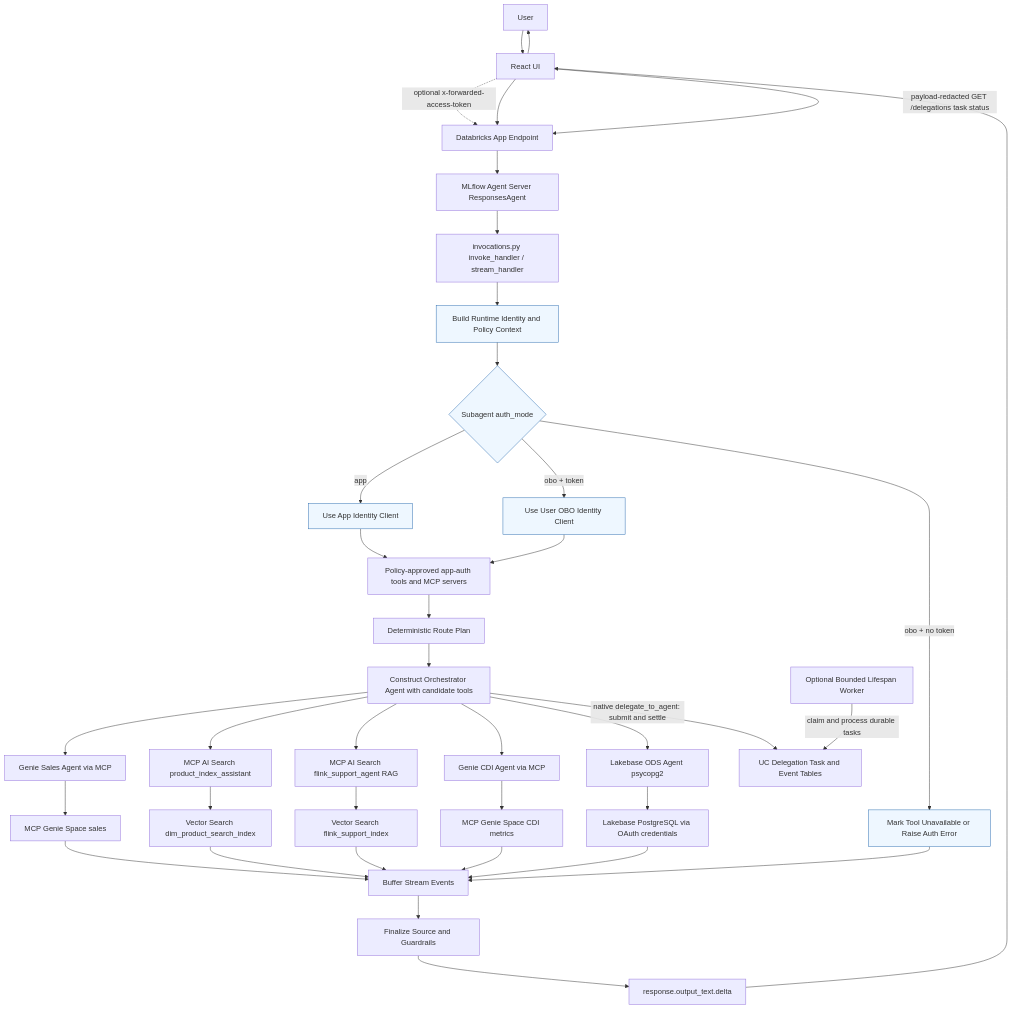
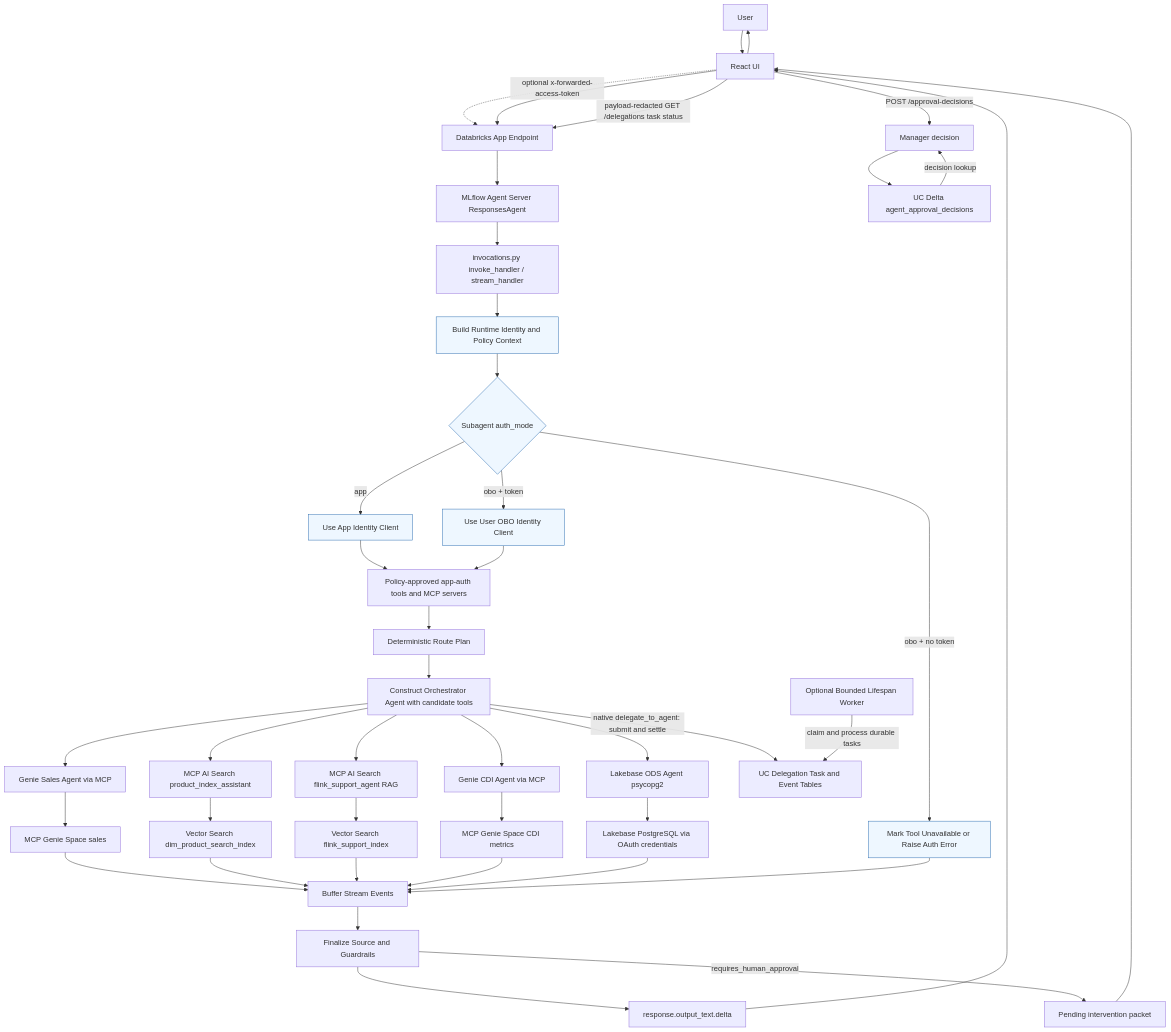
One commit to wchen-dea/Governed-Multi-Agent-Intelligence-on-Databricks changed the second of 2 diagrams in docs/architecture/high-level-architecture.md. Above: the diagram before and after it, drawn with Mermaid. The commit also changed other lines of this file and 38 other files, not shown here.

````diff
--- a/docs/architecture/high-level-architecture.md
+++ b/docs/architecture/high-level-architecture.md
@@ -155,46 +157,51 @@
 ```mermaid
 flowchart TD
     U[User]
     U --> UI[React UI]
     UI -.optional x-forwarded-access-token.-> APP
     UI --> APP[Databricks App Endpoint]
     APP --> S[MLflow Agent Server ResponsesAgent]
     S --> H[invocations.py invoke_handler / stream_handler]
     H --> C[Build Runtime Identity and Policy Context]
     C --> D{Subagent auth_mode}
     D -->|app| AID[Use App Identity Client]
     D -->|obo + token| OID[Use User OBO Identity Client]
     D -->|obo + no token| ERR[Mark Tool Unavailable or Raise Auth Error]
     AID --> AVAIL[Policy-approved app-auth tools and MCP servers]
     OID --> AVAIL
     AVAIL --> PLAN[Deterministic Route Plan]
     PLAN --> O[Construct Orchestrator Agent with candidate tools]
     O --> G[Genie Sales Agent via MCP]
     O --> K[MCP AI Search product_index_assistant]
     O --> F[MCP AI Search flink_support_agent RAG]
     O --> CDI[Genie CDI Agent via MCP]
     O --> LB[Lakebase ODS Agent psycopg2]
     O -->|native delegate_to_agent: submit and settle| DT[UC Delegation Task and Event Tables]
     W[Optional Bounded Lifespan Worker] -->|claim and process durable tasks| DT
 
     G --> M[MCP Genie Space sales]
     K --> R1[Vector Search dim_product_search_index]
     F --> R3[Vector Search flink_support_index]
     CDI --> M2[MCP Genie Space CDI metrics]
     LB --> PG[Lakebase PostgreSQL via OAuth credentials]
 
     M --> BUF[Buffer Stream Events]
     R1 --> BUF
     R3 --> BUF
     M2 --> BUF
     PG --> BUF
     ERR --> BUF
     BUF --> R[Finalize Source and Guardrails]
     R --> DELTA[response.output_text.delta]
     DELTA --> UI
+    R -->|requires_human_approval| PACKET[Pending intervention packet]
+    PACKET --> UI
+    UI -->|POST /approval-decisions| DECIDE[Manager decision]
+    DECIDE --> APPROVALS[UC Delta agent_approval_decisions]
+    APPROVALS -->|decision lookup| DECIDE
     UI -->|payload-redacted GET /delegations task status| APP
     UI --> U
 
     classDef auth fill:#eef7ff,stroke:#2b6cb0,stroke-width:1px;
     class C,D,AID,OID,ERR auth;
 ```
````
